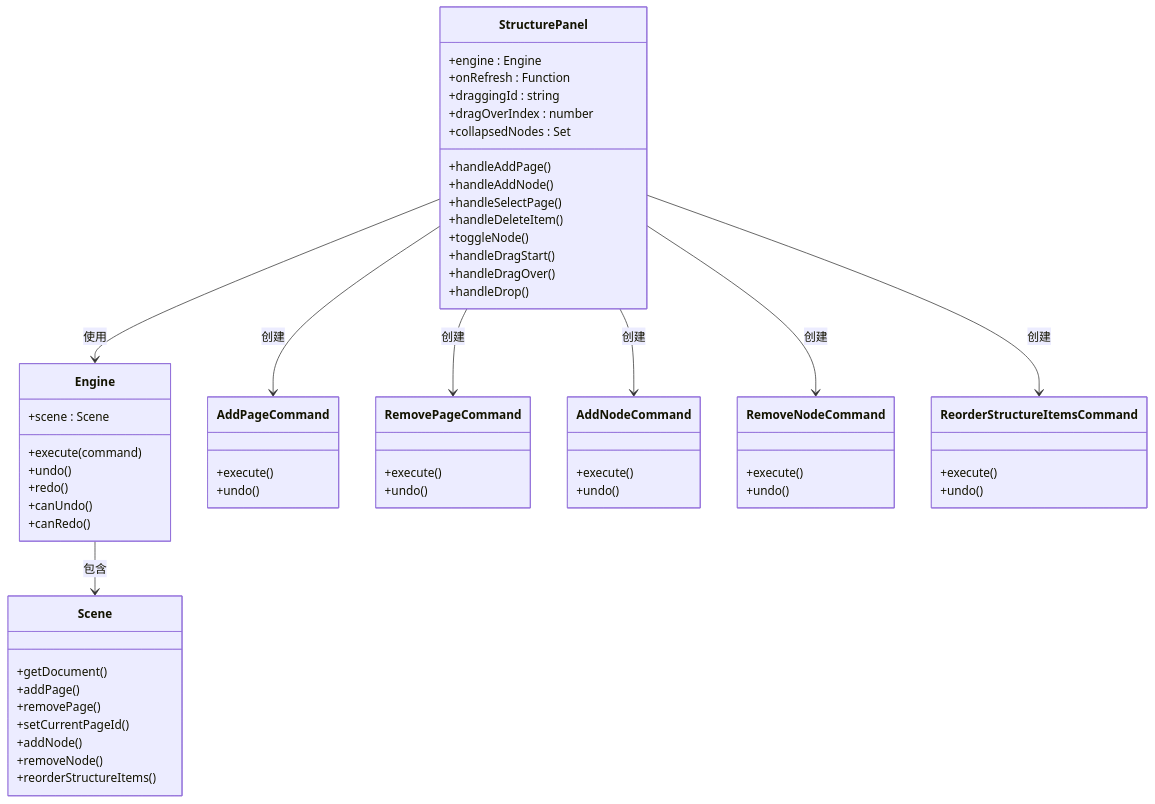
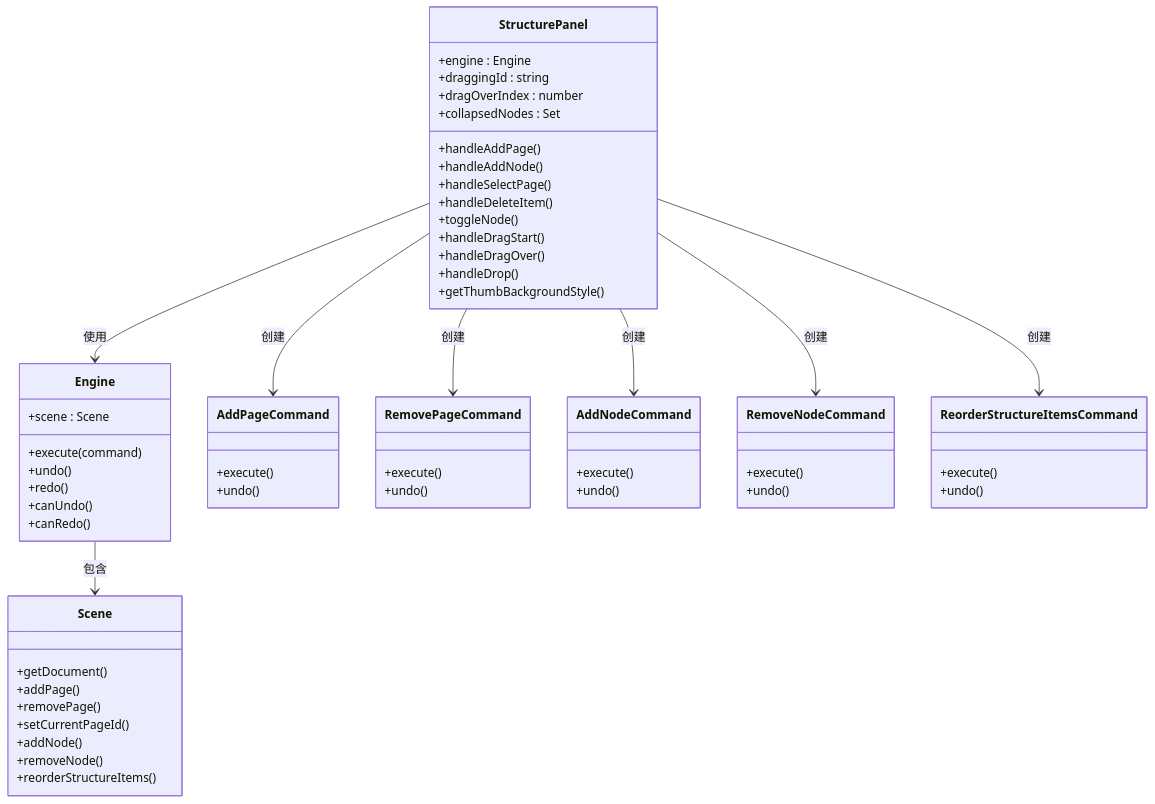
The fifth of 5 diagrams in .qoder/repowiki/zh/content/UI组件系统/结构面板 (StructurePanel).md (Anna0314zy/ai_editor_enginer), drawn with Mermaid before and after one commit. The commit also changed other lines of this file and 12 other files, not shown here.

Commit message:
Feat: 增加图形

````diff
--- a/.qoder/repowiki/zh/content/UI组件系统/结构面板 (StructurePanel).md
+++ b/.qoder/repowiki/zh/content/UI组件系统/结构面板 (StructurePanel).md
@@ -329,62 +401,62 @@
 ```mermaid
 classDiagram
 class StructurePanel {
 +engine : Engine
-+onRefresh : Function
 +draggingId : string
 +dragOverIndex : number
 +collapsedNodes : Set
 +handleAddPage()
 +handleAddNode()
 +handleSelectPage()
 +handleDeleteItem()
 +toggleNode()
 +handleDragStart()
 +handleDragOver()
 +handleDrop()
++getThumbBackgroundStyle()
 }
 class Engine {
 +scene : Scene
 +execute(command)
 +undo()
 +redo()
 +canUndo()
 +canRedo()
 }
 class Scene {
 +getDocument()
 +addPage()
 +removePage()
 +setCurrentPageId()
 +addNode()
 +removeNode()
 +reorderStructureItems()
 }
 class AddPageCommand {
 +execute()
 +undo()
 }
 class RemovePageCommand {
 +execute()
 +undo()
 }
 class AddNodeCommand {
 +execute()
 +undo()
 }
 class RemoveNodeCommand {
 +execute()
 +undo()
 }
 class ReorderStructureItemsCommand {
 +execute()
 +undo()
 }
 StructurePanel --> Engine : 使用
 Engine --> Scene : 包含
 StructurePanel --> AddPageCommand : 创建
 StructurePanel --> RemovePageCommand : 创建
 StructurePanel --> AddNodeCommand : 创建
 StructurePanel --> RemoveNodeCommand : 创建
 StructurePanel --> ReorderStructureItemsCommand : 创建
 ```
````
